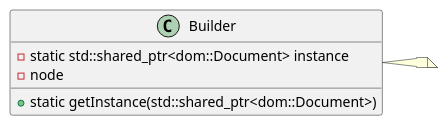
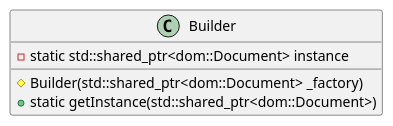
One commit to AdamBaumgartner42/patterns_605_707 changed the diagram in uml/Singleton.puml. Above: the diagram before and after it, drawn with PlantUML.

Commit message:
Singleton PUML

```diff
--- a/uml/Singleton.puml
+++ b/uml/Singleton.puml
@@ -1,12 +1,8 @@
 @startuml
 class Builder{ 
+ - static std::shared_ptr<dom::Document> instance
+ # Builder(std::shared_ptr<dom::Document> _factory)
  + static getInstance(std::shared_ptr<dom::Document>) 
- - static std::shared_ptr<dom::Document> instance
- - node
 }
 
-note right of Builder
-    
-end note
-
 @enduml
```
